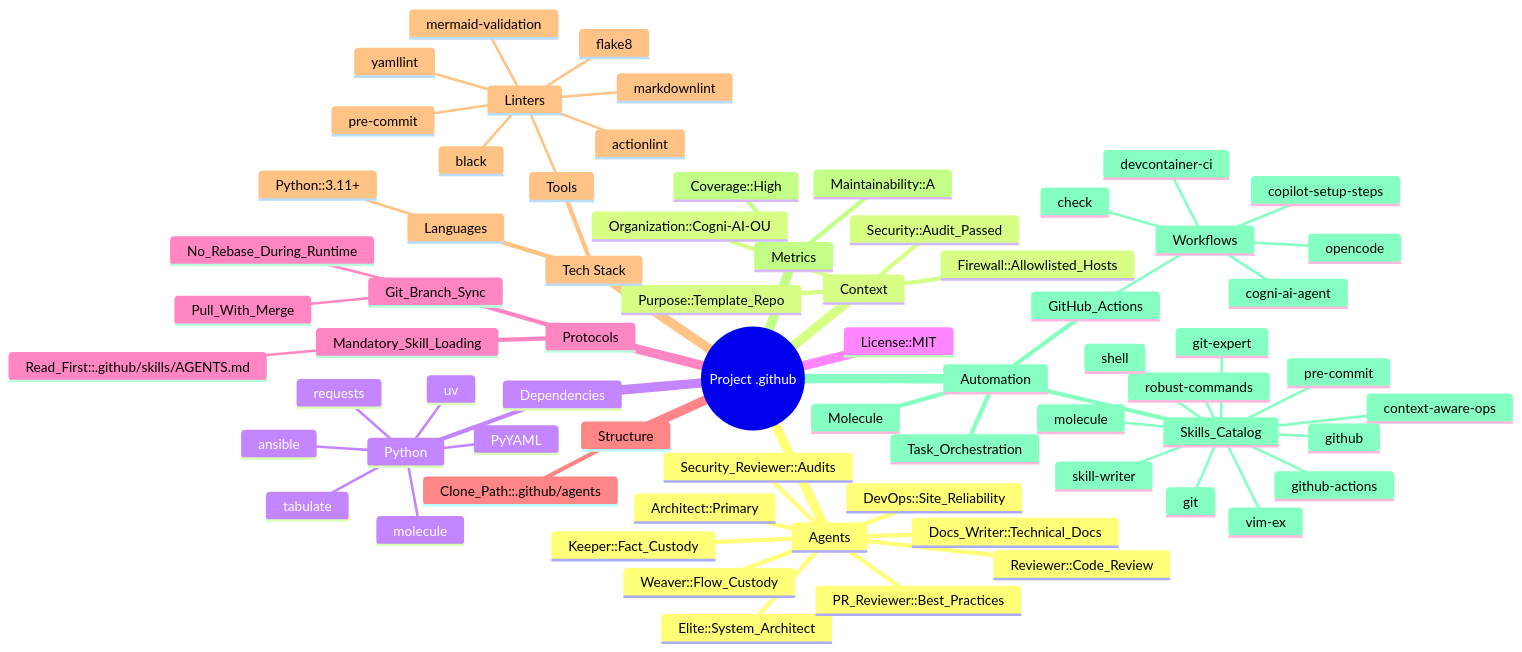
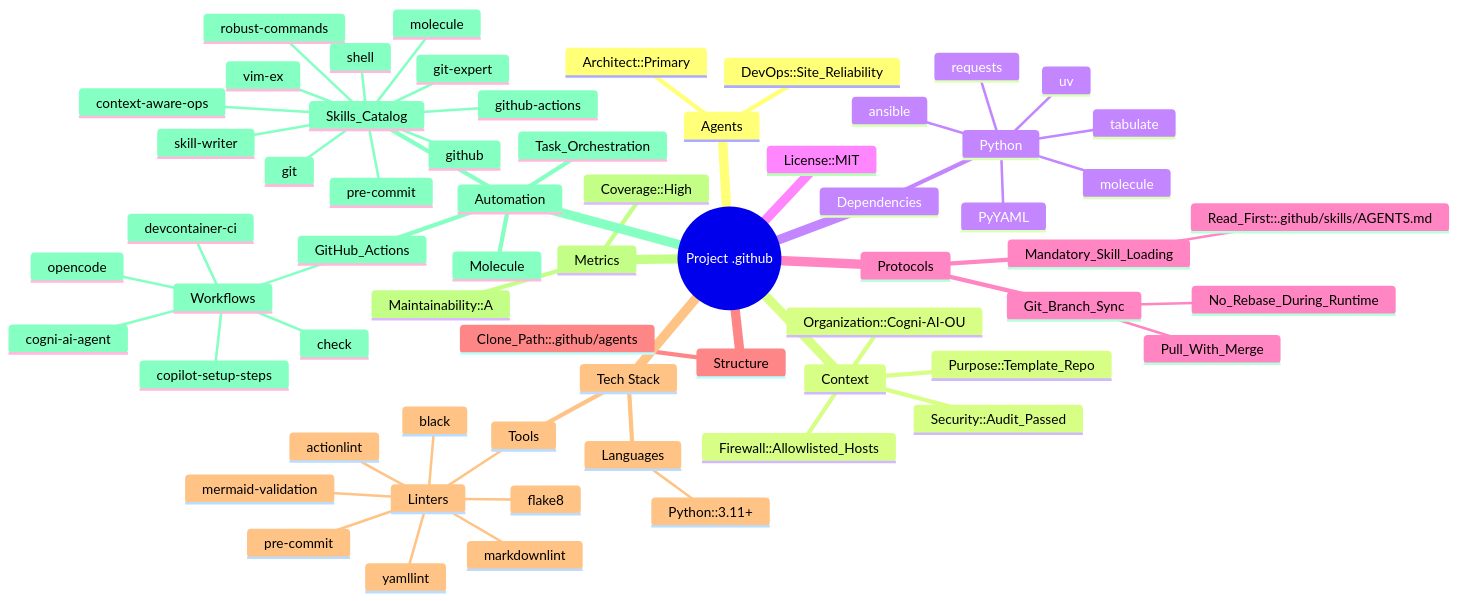
One commit to Cogni-AI-OU/.github changed the diagram in FACTS.mmd. Above: the diagram before and after it, drawn with Mermaid.

```diff
--- a/FACTS.mmd
+++ b/FACTS.mmd
@@ -1,71 +1,64 @@
 mindmap
   root((Project .github))
     Agents
       Architect::Primary
       DevOps::Site_Reliability
-      Elite::System_Architect
-      Keeper::Fact_Custody
-      Reviewer::Code_Review
-      Weaver::Flow_Custody
-      Docs_Writer::Technical_Docs
-      PR_Reviewer::Best_Practices
-      Security_Reviewer::Audits
     Context
       Organization::Cogni-AI-OU
       Purpose::Template_Repo
       Security::Audit_Passed
       Firewall::Allowlisted_Hosts
     Dependencies
       Python
         PyYAML
         requests
         tabulate
         ansible
         molecule
         uv
     License::MIT
     Protocols
       Git_Branch_Sync
         No_Rebase_During_Runtime
         Pull_With_Merge
       Mandatory_Skill_Loading
         Read_First::.github/skills/AGENTS.md
     Structure
       Clone_Path::.github/agents
     Tech Stack
       Languages
         Python::3.11+
       Tools
         Linters
           actionlint
           black
           flake8
           markdownlint
           mermaid-validation
           pre-commit
           yamllint
     Metrics
       Coverage::High
       Maintainability::A
     Automation
       GitHub_Actions
         Workflows
           check
           cogni-ai-agent
           copilot-setup-steps
           devcontainer-ci
           opencode
       Molecule
       Task_Orchestration
       Skills_Catalog
         context-aware-ops
         git
         git-expert
         github
         github-actions
         molecule
         pre-commit
         robust-commands
         shell
         skill-writer
         vim-ex
```
